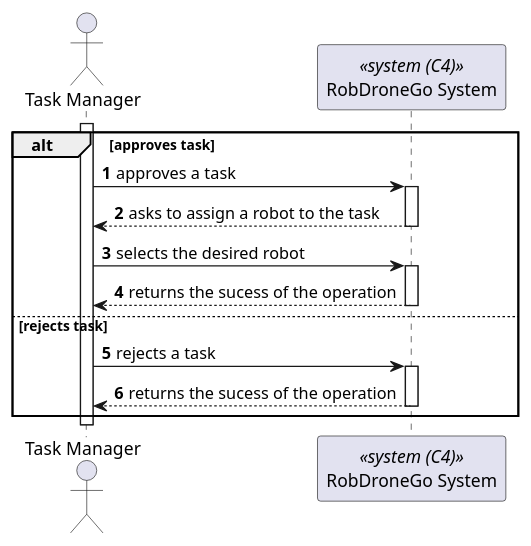
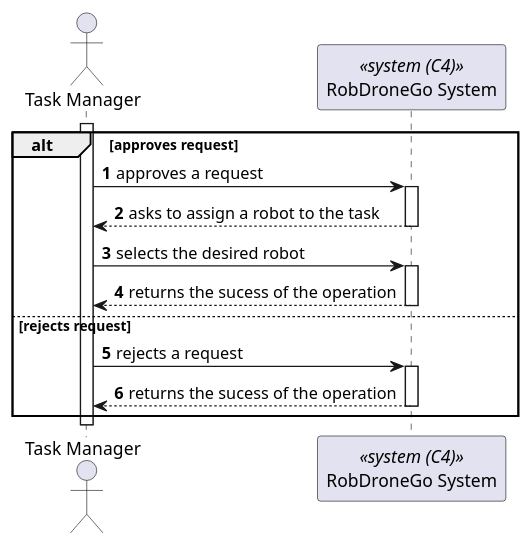
One commit to miseEnPlace-dev/lapr5 changed the diagram in _wiki/sprint-c/us-470/views/level-1/process-view.puml. Above: the diagram before and after it, drawn with PlantUML. The commit also changed 4 other files, not shown here.

```diff
--- a/_wiki/sprint-c/us-470/views/level-1/process-view.puml
+++ b/_wiki/sprint-c/us-470/views/level-1/process-view.puml
@@ -1,32 +1,32 @@
 @startuml process-view
 autonumber
 
 actor TM as "Task Manager"
 participant SYS as "RobDroneGo System" <<system (C4)>>
 
 activate TM
 
-alt approves task
-  TM -> SYS : approves a task
+alt approves request
+  TM -> SYS : approves a request
   activate SYS
 
   TM <-- SYS : asks to assign a robot to the task
   deactivate SYS
 
   TM -> SYS : selects the desired robot
   activate SYS
 
   TM <-- SYS : returns the sucess of the operation
   deactivate SYS
 
-else rejects task
-  TM -> SYS : rejects a task
+else rejects request
+  TM -> SYS : rejects a request
   activate SYS
 
   TM <-- SYS : returns the sucess of the operation
   deactivate SYS
 end
 
 deactivate TM
 
 @enduml
```
